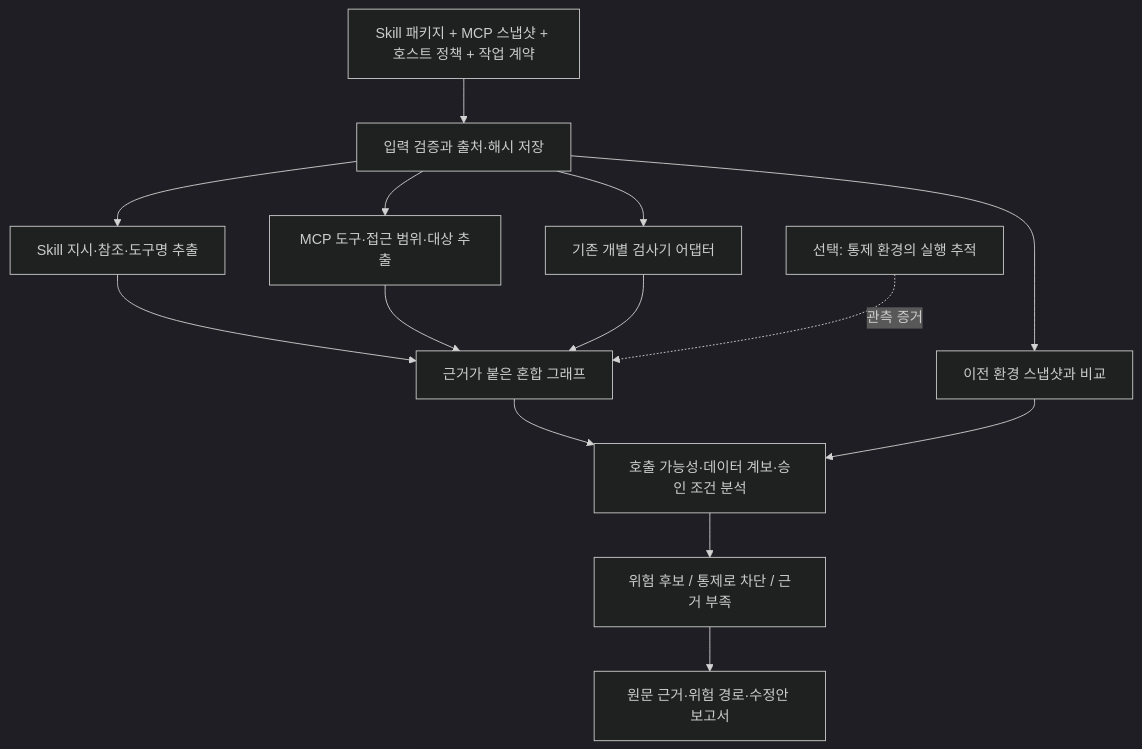
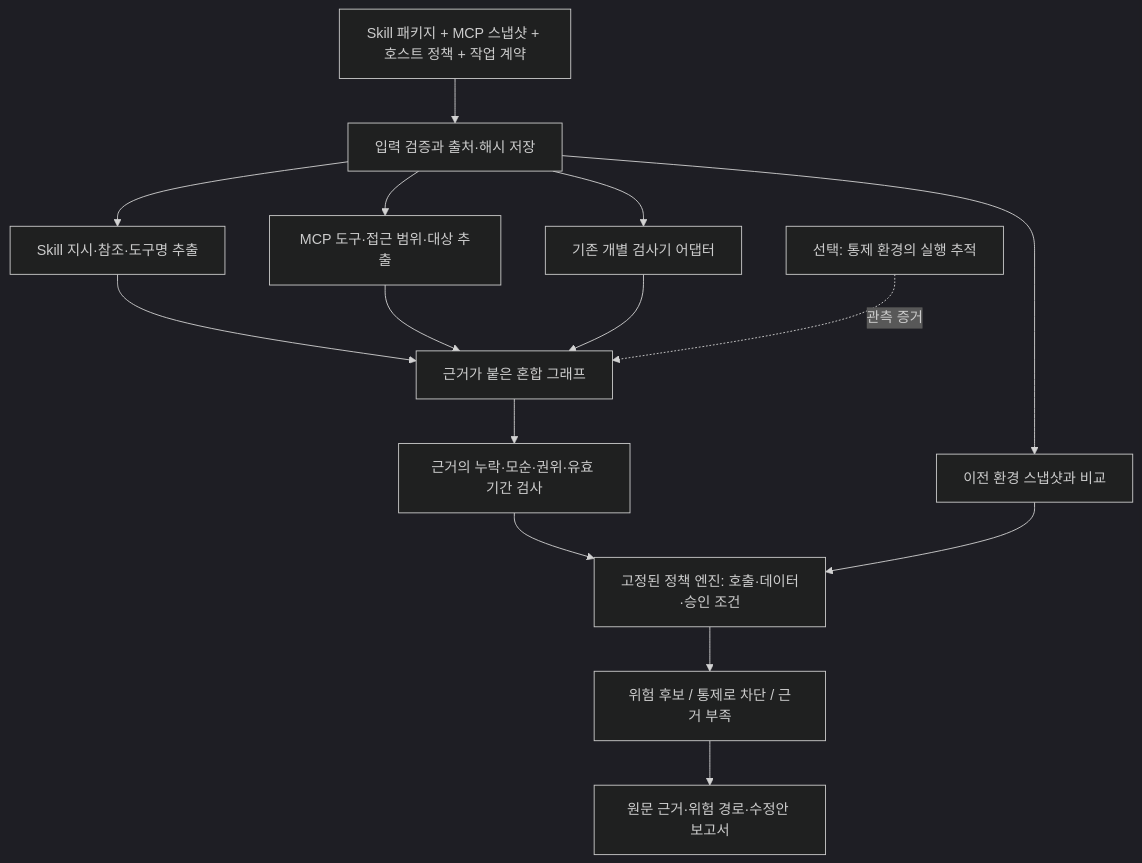
Before and after one commit to serendipity-sec/docs: the diagram in research/2026-09-25-Skill-MCP-결합보안/04-Gap과-아키텍처.md, drawn with Mermaid (dark theme). The commit also changed other lines of this file and 15 other files, not shown here.

````diff
--- a/research/2026-09-25-Skill-MCP-결합보안/04-Gap과-아키텍처.md
+++ b/research/2026-09-25-Skill-MCP-결합보안/04-Gap과-아키텍처.md
@@ -38,16 +43,17 @@
 ```mermaid
 flowchart TD
   I[Skill 패키지 + MCP 스냅샷 + 호스트 정책 + 작업 계약] --> Q[입력 검증과 출처·해시 저장]
   Q --> S[Skill 지시·참조·도구명 추출]
   Q --> M[MCP 도구·접근 범위·대상 추출]
   Q --> B[기존 개별 검사기 어댑터]
   S --> G[근거가 붙은 혼합 그래프]
   M --> G
   B --> G
-  G --> C[호출 가능성·데이터 계보·승인 조건 분석]
+  G --> E[근거의 누락·모순·권위·유효 기간 검사]
+  E --> C[고정된 정책 엔진: 호출·데이터·승인 조건]
   C --> V[위험 후보 / 통제로 차단 / 근거 부족]
   V --> O[원문 근거·위험 경로·수정안 보고서]
   Q --> D[이전 환경 스냅샷과 비교]
   D --> C
   T[선택: 통제 환경의 실행 추적] -. 관측 증거 .-> G
 ```
````
